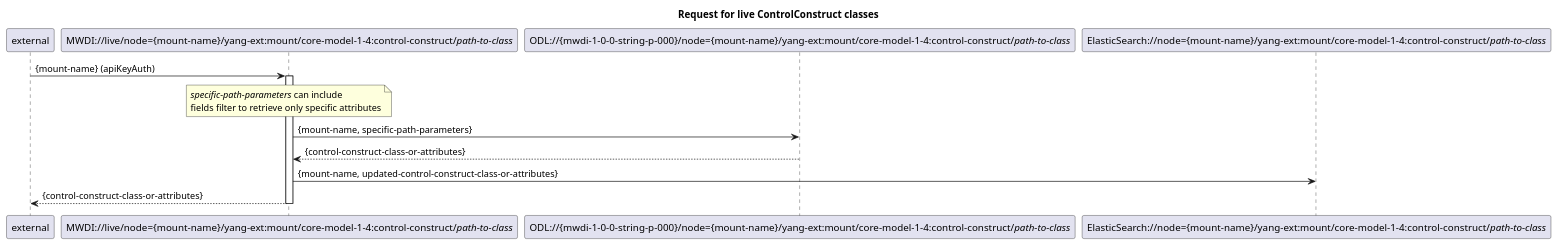
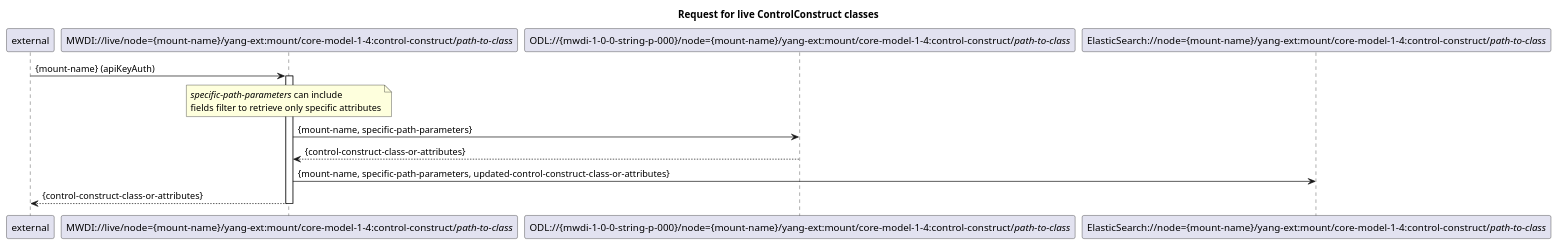
One commit to openBackhaul/MicroWaveDeviceInventory changed the diagram in spec/diagrams/510_LiveRessourcePath.plantuml. Above: the diagram before and after it, drawn with PlantUML.

Commit message:
update pic

```diff
--- a/spec/diagrams/510_LiveRessourcePath.plantuml
+++ b/spec/diagrams/510_LiveRessourcePath.plantuml
@@ -1,23 +1,23 @@
 @startuml 510_LiveRessourcePath
 skinparam responseMessageBelowArrow true
 
 title Request for live ControlConstruct classes
 
 participant "external" as requestor
 participant "MWDI://live/node={mount-name}/yang-ext:mount/core-model-1-4:control-construct/<i>path-to-class</i>" as LiveControlConstructClass
 participant "ODL://{mwdi-1-0-0-string-p-000}/node={mount-name}/yang-ext:mount/core-model-1-4:control-construct/<i>path-to-class</i>" as OdlControlConstructClass
 participant "ElasticSearch://node={mount-name}/yang-ext:mount/core-model-1-4:control-construct/<i>path-to-class</i>" as EsControlConstructClass
 
 requestor -> LiveControlConstructClass: {mount-name} (apiKeyAuth)
 activate LiveControlConstructClass
 
 note over LiveControlConstructClass: <i>specific-path-parameters</i> can include \nfields filter to retrieve only specific attributes
 LiveControlConstructClass -> OdlControlConstructClass: {mount-name, specific-path-parameters}
 OdlControlConstructClass --> LiveControlConstructClass: {control-construct-class-or-attributes}
 
-LiveControlConstructClass -> EsControlConstructClass: {mount-name, updated-control-construct-class-or-attributes}
+LiveControlConstructClass -> EsControlConstructClass: {mount-name, specific-path-parameters, updated-control-construct-class-or-attributes}
 
 LiveControlConstructClass --> requestor: {control-construct-class-or-attributes}
 deactivate LiveControlConstructClass
 
 @enduml
```
